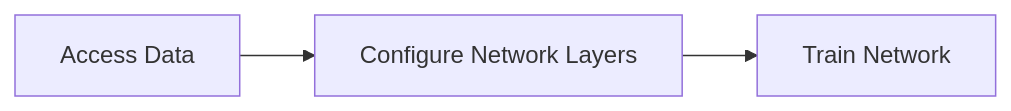
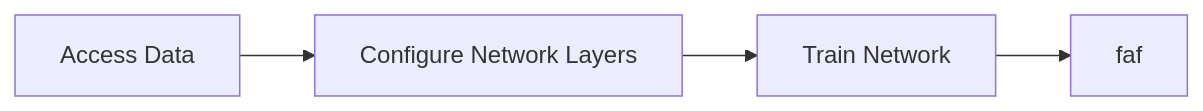
One commit to ParisaMousavi/AutomotiveFunctionalSafetyCompliance changed the diagram in matlab.md. Above: the diagram before and after it, drawn with Mermaid. The commit also changed other lines of this file, not shown here.

````diff
--- a/matlab.md
+++ b/matlab.md
@@ -29,5 +29,6 @@
 ```mermaid
 graph LR
 A[Access Data] --> B[Configure Network Layers]
 B--> C[Train Network]
+C--> D[faf]
 ```
````
